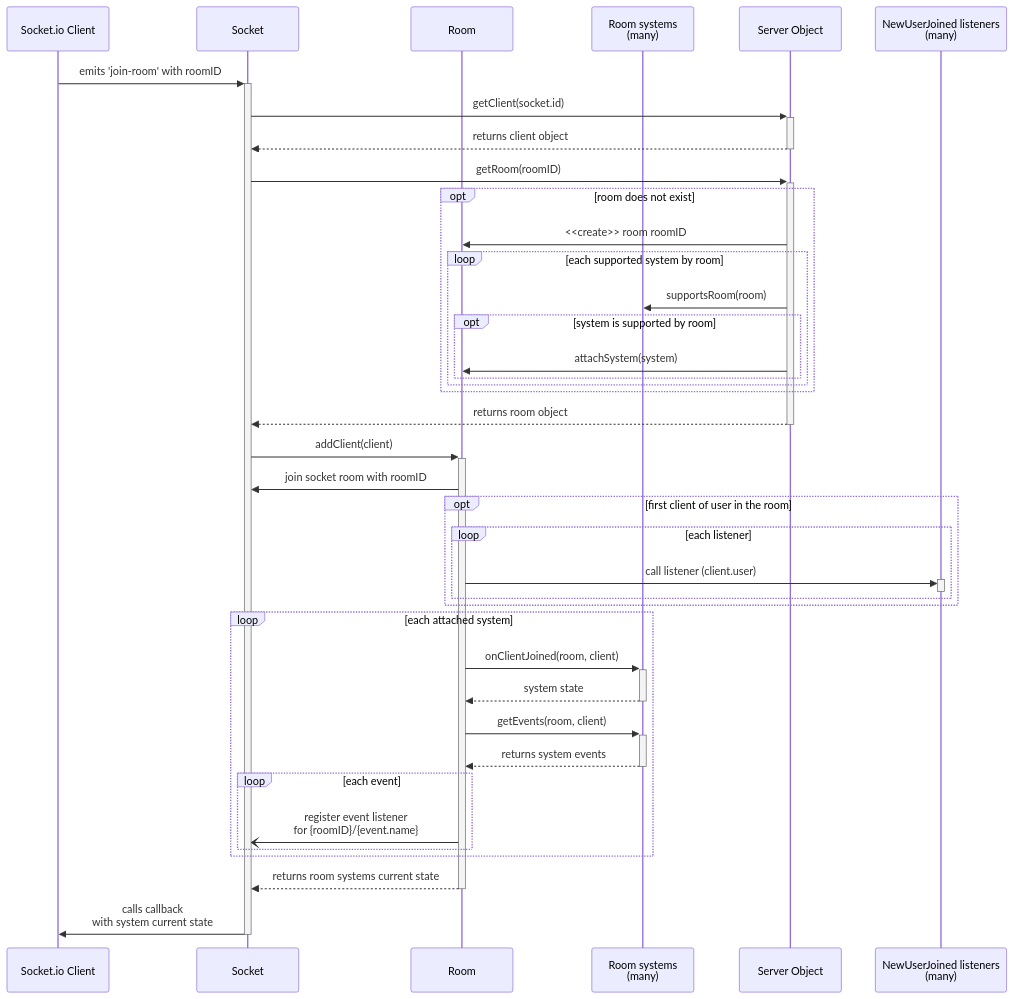
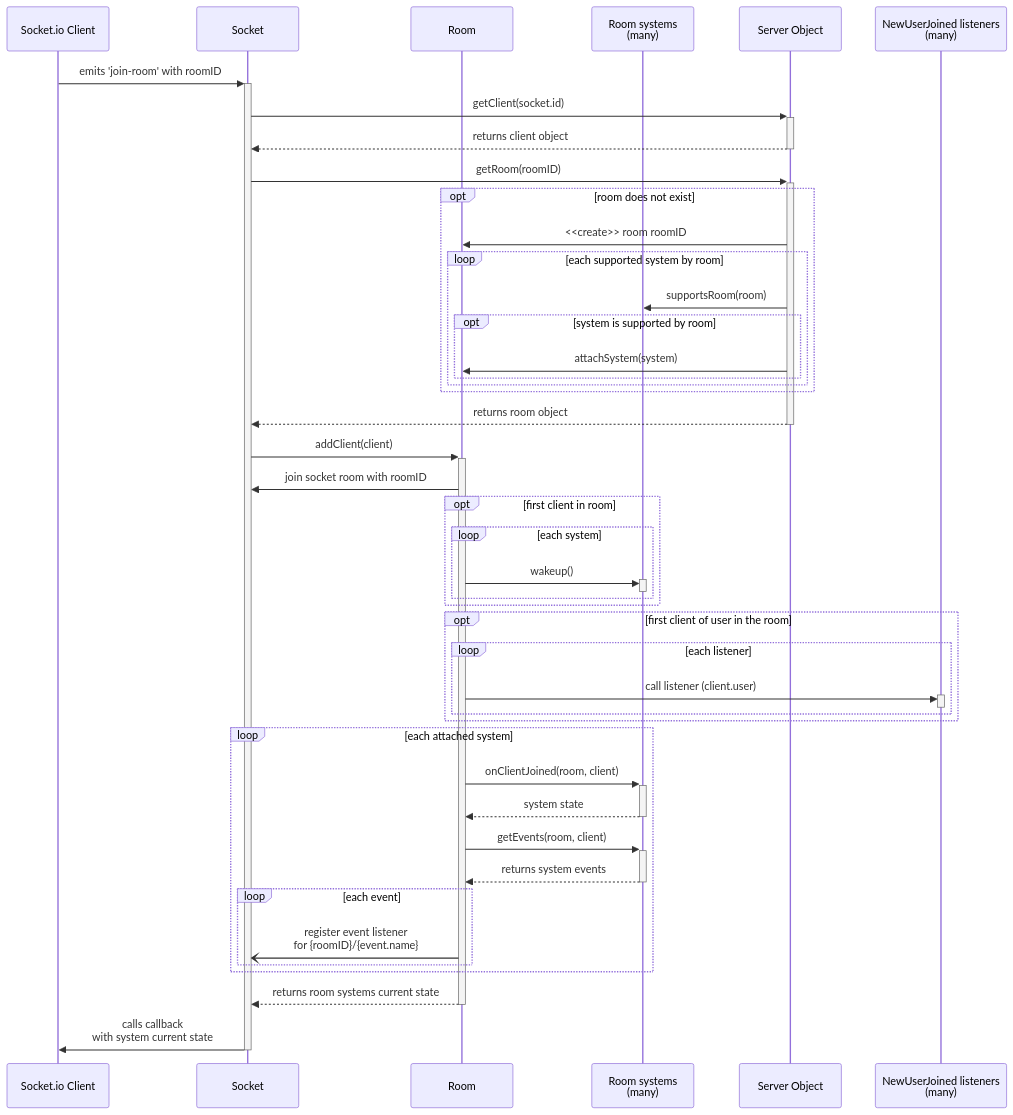
The diagram in docs/diagrams/join_room.mmd (uc-group/bear-it-ws-server), drawn with Mermaid before and after one commit. The commit also changed 15 other files, not shown here.

Commit message:
Added simple logger, system sleep/wake methods for cleanup, cancelling user joining when leaving the room

```diff
--- a/docs/diagrams/join_room.mmd
+++ b/docs/diagrams/join_room.mmd
@@ -1,45 +1,51 @@
 sequenceDiagram
 
   participant C as Socket.io Client
   participant S as Socket
   participant R as Room
   participant RS as Room systems<br>(many)
   participant Srv as Server Object
   participant L as NewUserJoined listeners<br>(many)
 
   C ->> +S: emits 'join-room' with roomID
   S ->> +Srv: getClient(socket.id)
   Srv -->> -S: returns client object
   S ->> +Srv: getRoom(roomID)
   opt room does not exist
     Srv ->> R: <<create>> room roomID
     
     loop each supported system by room
       Srv ->> RS: supportsRoom(room)
       opt system is supported by room
         Srv ->> R: attachSystem(system)
       end
     end
   end
   Srv -->> -S: returns room object
   S ->> +R: addClient(client)
   R ->> S: join socket room with roomID
+  opt first client in room
+    loop each system
+      R->>+RS: wakeup()
+      deactivate RS
+    end
+  end
   opt first client of user in the room
     loop each listener
       R ->> +L: call listener (client.user)
       deactivate L
     end
   end
 
   loop each attached system
     R ->> +RS: onClientJoined(room, client)
     RS -->> -R: system state
     R ->> +RS: getEvents(room, client)
     RS -->> -R: returns system events
     loop each event
       R -) S: register event listener<br>for {roomID}/{event.name}
     end
   end
 
   R -->> -S: returns room systems current state
   S ->> -C: calls callback<br>with system current state
```
